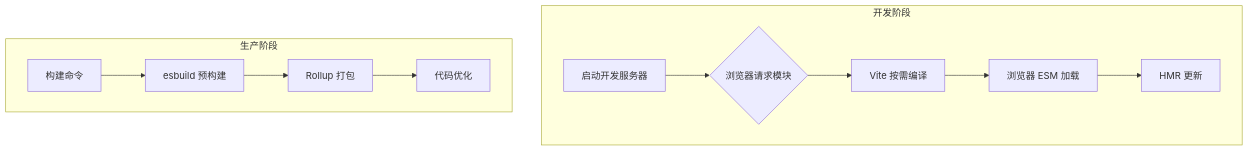
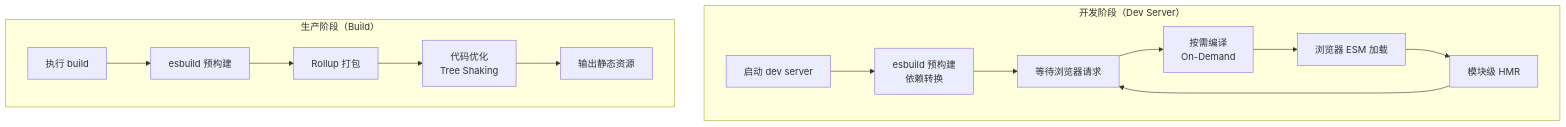
One commit to pedyc/dg.pedyc changed the diagram in content/40-RESOURCES/Vite.md. Above: the diagram before and after it, drawn with Mermaid. The commit also changed other lines of this file and 23 other files, not shown here.

````diff
--- a/content/40-RESOURCES/Vite.md
+++ b/content/40-RESOURCES/Vite.md
@@ -38,15 +39,18 @@
 ```mermaid
 flowchart TB
-    subgraph 开发阶段 ["开发阶段"]
-        A[启动开发服务器] --> B{浏览器请求模块}
-        B --> C[Vite 按需编译]
-        C --> D[浏览器 ESM 加载]
-        D --> E[HMR 更新]
+    subgraph dev["开发阶段（Dev Server）"]
+        A[启动 dev server] --> B[esbuild 预构建<br/>依赖转换]
+        B --> C[等待浏览器请求]
+        C --> D[按需编译<br/>On-Demand]
+        D --> E[浏览器 ESM 加载]
+        E --> F[模块级 HMR]
+        F --> C
     end
 
-    subgraph 生产阶段 ["生产阶段"]
-        F[构建命令] --> G[esbuild 预构建]
-        G --> H[Rollup 打包]
-        H --> I[代码优化]
+    subgraph prod["生产阶段（Build）"]
+        G[执行 build] --> H[esbuild 预构建]
+        H --> I[Rollup 打包]
+        I --> J[代码优化<br/>Tree Shaking]
+        J --> K[输出静态资源]
     end
 ```
````
